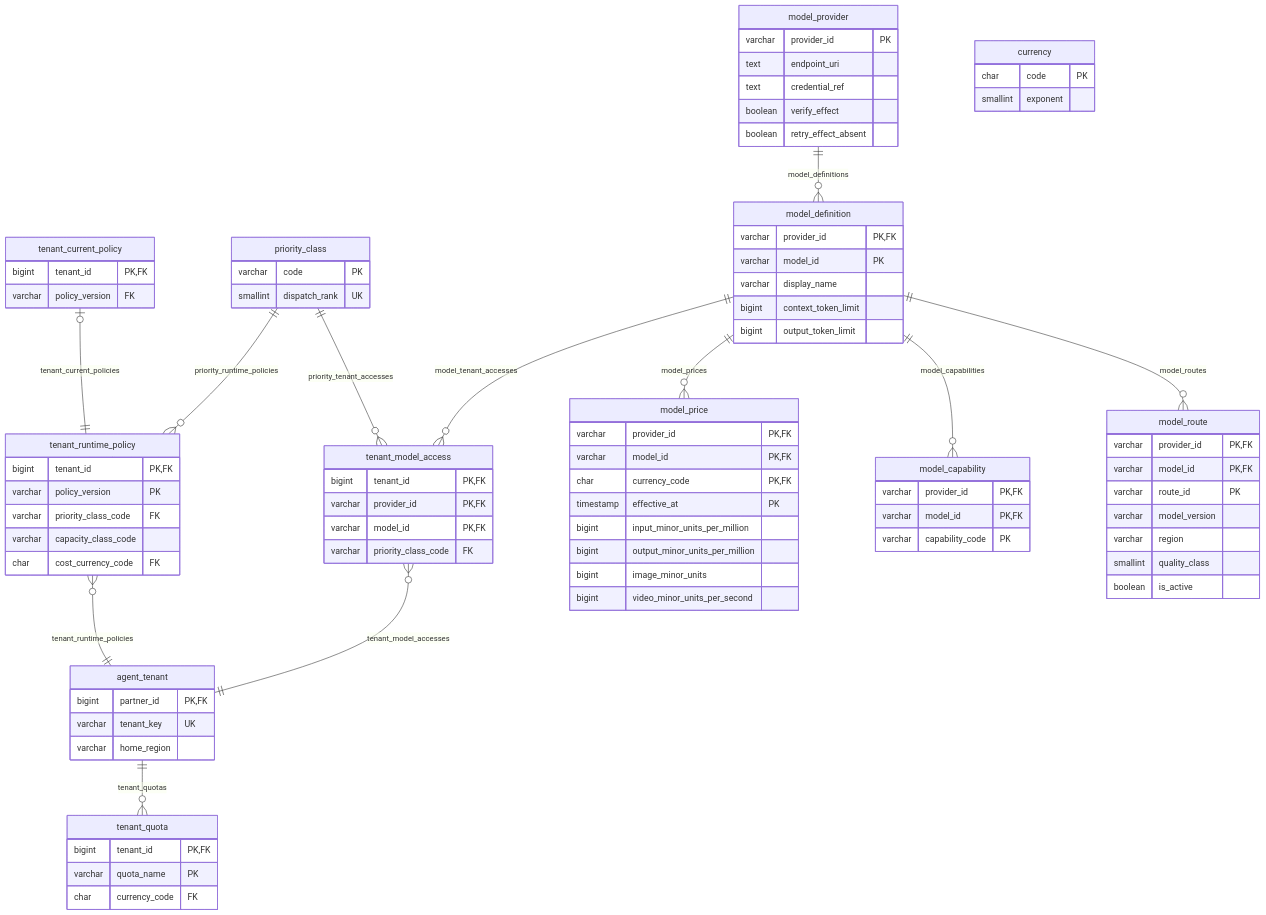
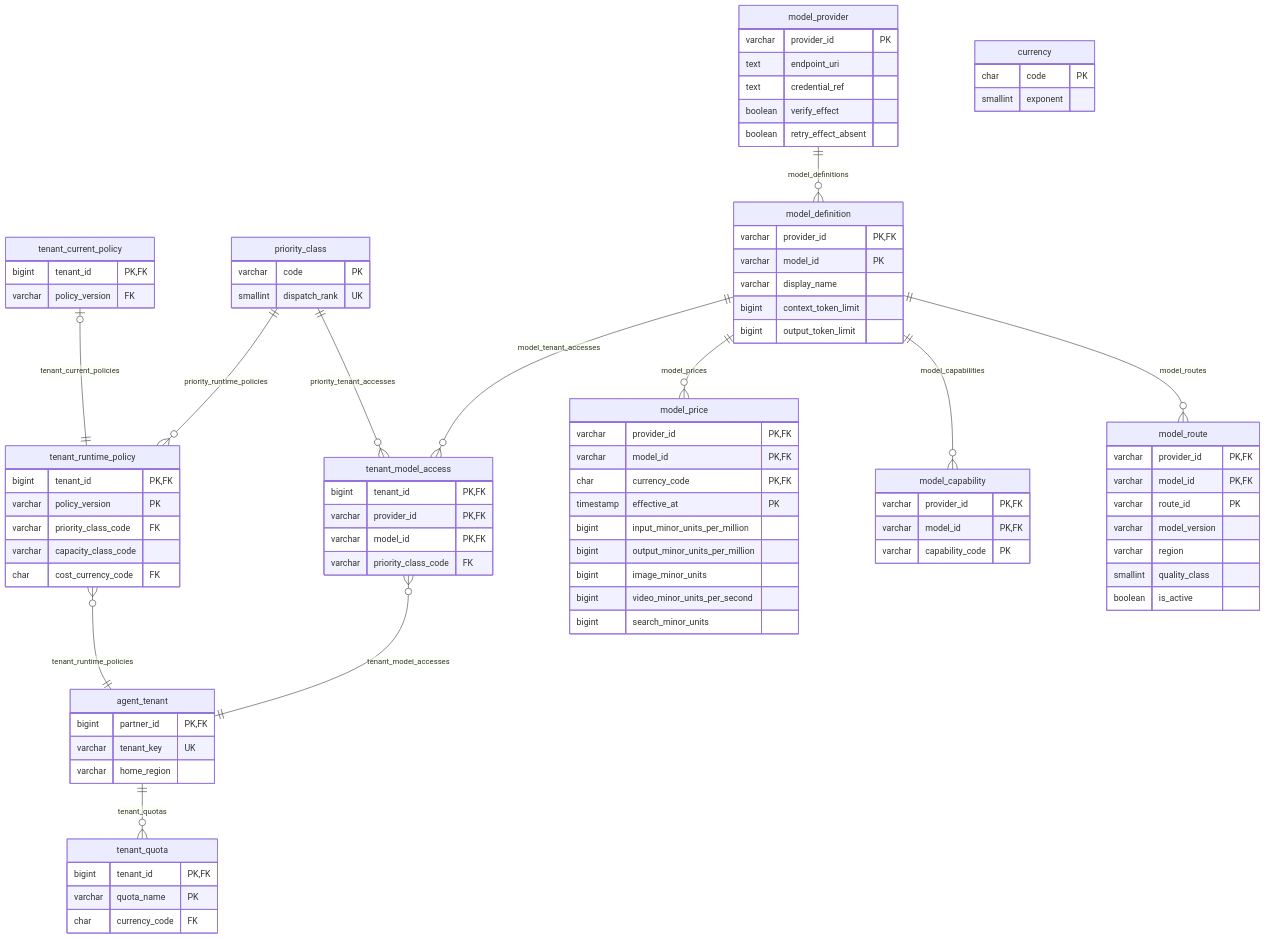
Before and after one commit to nauticana/scout: the third of 16 diagrams in doc/database.md, drawn with Mermaid. The commit also changed 33 other files, not shown here.

```diff
--- a/doc/database.md
+++ b/doc/database.md
@@ -451,6 +451,7 @@
         bigint output_minor_units_per_million
         bigint image_minor_units
         bigint video_minor_units_per_second
+        bigint search_minor_units
     }
     tenant_model_access {
         bigint tenant_id PK,FK
```
